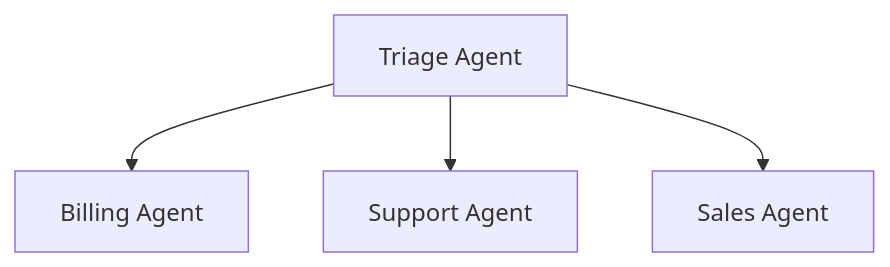
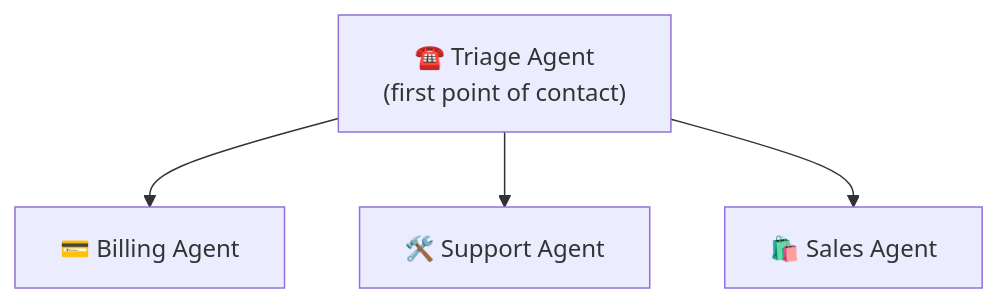
Diagram 12 of 31 in Agentic Ai Learning/08 Open-ai-agent-sdk/00 Introduction/Readme.md (maliksiddiq/learning-agentic-ai), drawn with Mermaid before and after one commit. The commit also changed other lines of this file, not shown here.

Commit message:
Introduction OF open-ai-agent-sdk

````diff
--- a/Agentic Ai Learning/08 Open-ai-agent-sdk/00 Introduction/Readme.md
+++ b/Agentic Ai Learning/08 Open-ai-agent-sdk/00 Introduction/Readme.md
@@ -243,6 +301,6 @@
 ```mermaid
 flowchart TD
-    T[Triage Agent] --> B[Billing Agent]
-    T --> S[Support Agent]
-    T --> Sa[Sales Agent]
+    T["☎️ Triage Agent<br/>(first point of contact)"] --> B["💳 Billing Agent"]
+    T --> S["🛠️ Support Agent"]
+    T --> Sa["🛍️ Sales Agent"]
 ```
````
